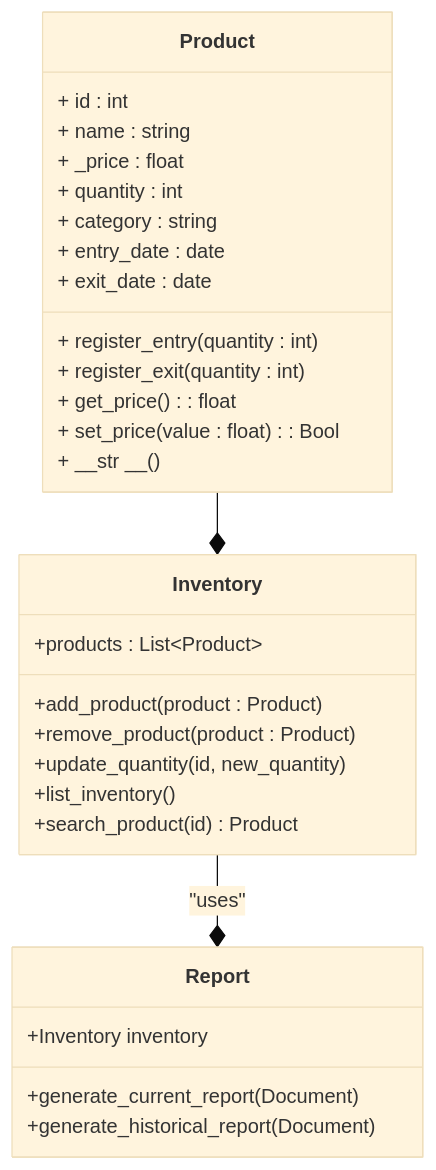
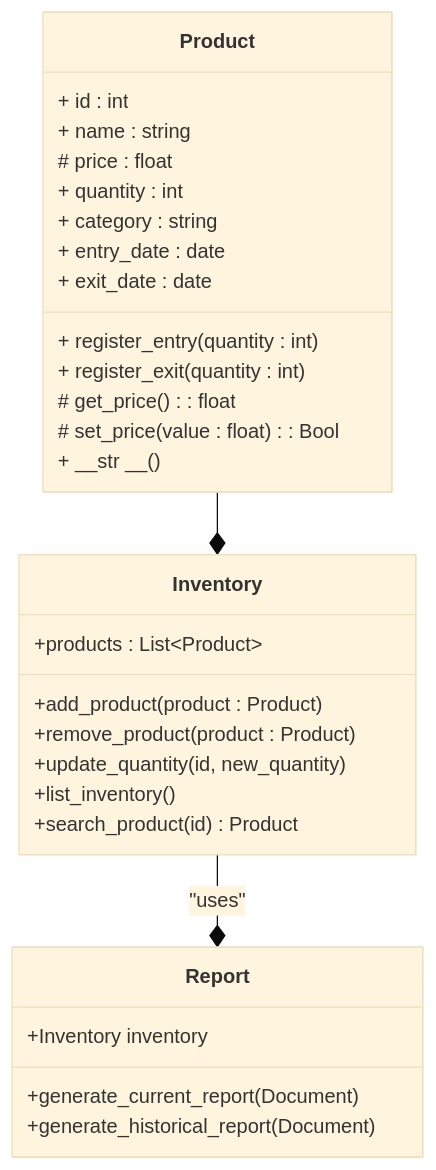
The diagram in README.md (nisaespa/project_progress), drawn with Mermaid (base theme) before and after one commit.

````diff
--- a/README.md
+++ b/README.md
@@ -6,35 +6,35 @@
 ``` mermaid
 classDiagram
     class Product {
         + id : int
         + name : string
-        + _price : float
+        # price : float
         + quantity : int
         + category : string
         + entry_date : date
         + exit_date : date
         + register_entry(quantity : int)
         + register_exit(quantity : int)
-        + get_price() : float
-        + set_price(value : float) : Bool
+        # get_price() : float
+        # set_price(value : float) : Bool
         + __str __()
     }
 
     class Inventory {
         +products : List~Product~ 
         +add_product(product : Product)
         +remove_product(product : Product)
         +update_quantity(id, new_quantity)
         +list_inventory()
         +search_product(id) Product
     }
 
     class Report {
         +Inventory inventory
         +generate_current_report(Document)
         +generate_historical_report(Document)
     }
 
     Product --* Inventory
     Inventory --* Report : "uses"
 ```
````
